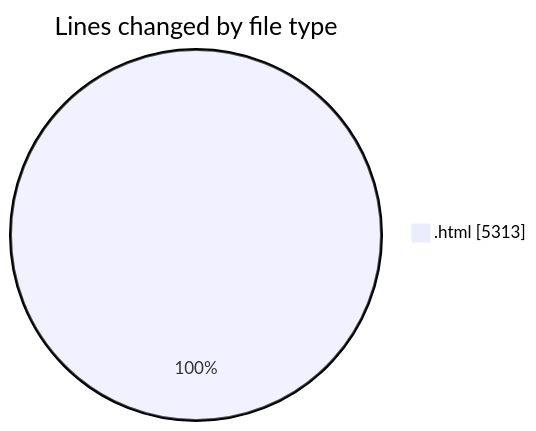
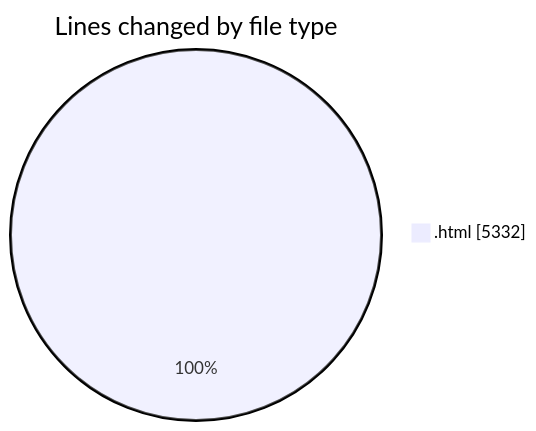
One commit to nxtqubesakshisongat/code-tracking changed the first of 2 diagrams in 2025-08-10/nxtqube_webapp/README.md. Above: the diagram before and after it, drawn with Mermaid. The commit also changed other lines of this file and 1 other file, not shown here.

````diff
--- a/2025-08-10/nxtqube_webapp/README.md
+++ b/2025-08-10/nxtqube_webapp/README.md
@@ -22,5 +22,5 @@
 ```mermaid
 pie showData
 title Lines changed by file type
-".html" : 5313
+".html" : 5332
 ```
````
